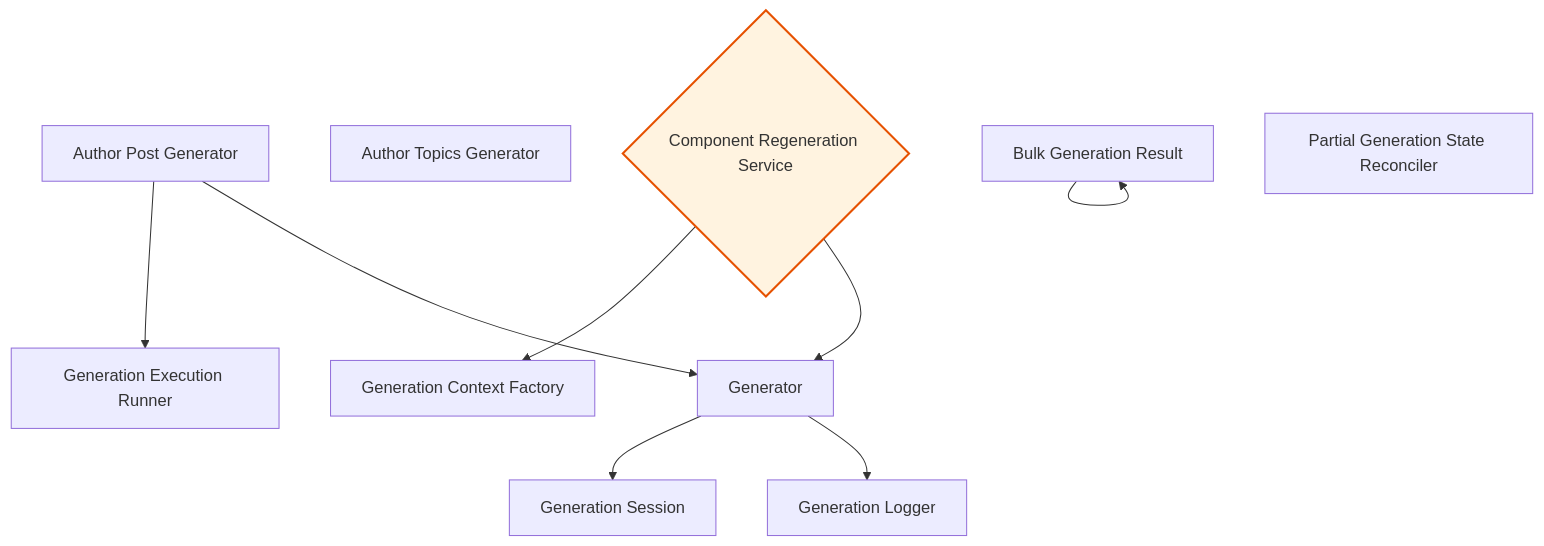
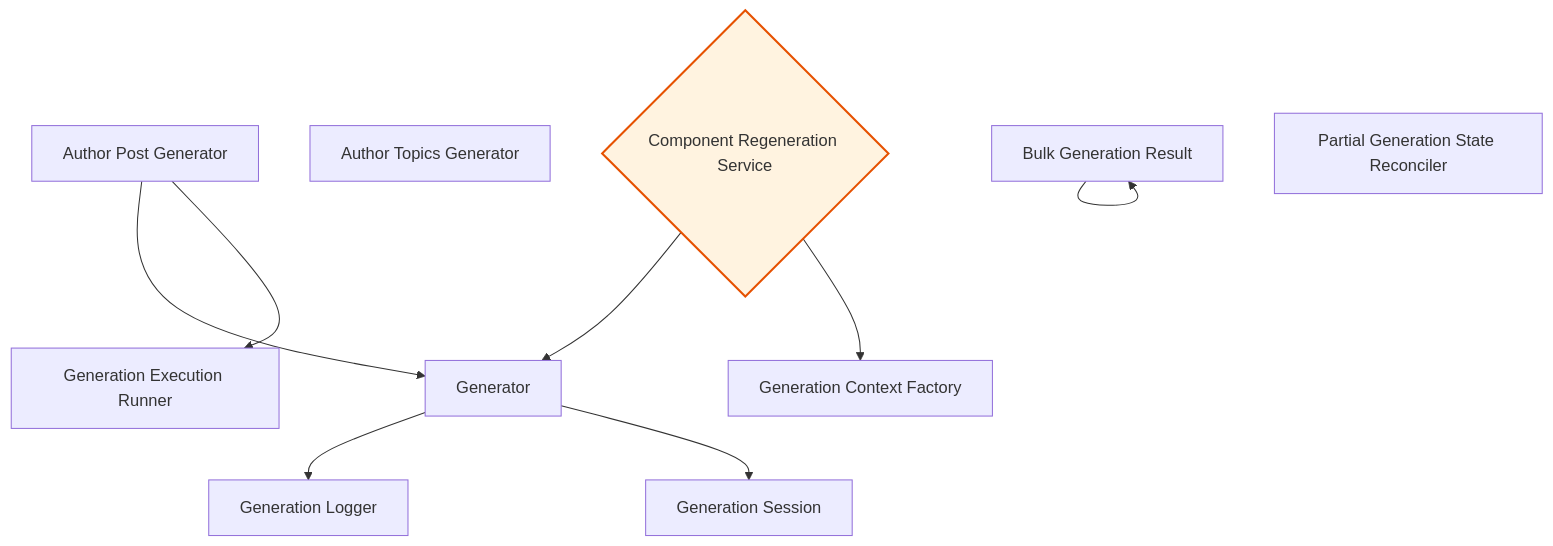
One commit to rpnunez/wp-ai-scheduler changed the second of 10 diagrams in docs/feature-report.md. Above: the diagram before and after it, drawn with Mermaid. The commit also changed other lines of this file and 1 other file, not shown here.

````diff
--- a/docs/feature-report.md
+++ b/docs/feature-report.md
@@ -105,28 +105,28 @@
 ```mermaid
 flowchart TD
     %% Core Generation Architecture
 
     Author_Post_Generator["Author Post Generator"]
     Author_Topics_Generator["Author Topics Generator"]
     Bulk_Generation_Result["Bulk Generation Result"]
     Component_Regeneration_Service{"Component Regeneration Service"}
     Generation_Context_Factory["Generation Context Factory"]
     Generation_Execution_Runner["Generation Execution Runner"]
     Generation_Logger["Generation Logger"]
     Generation_Session["Generation Session"]
     Generator["Generator"]
     Partial_Generation_State_Reconciler["Partial Generation State Reconciler"]
 
+    Author_Post_Generator --> Generator
     Author_Post_Generator --> Generation_Execution_Runner
-    Author_Post_Generator --> Generator
     Bulk_Generation_Result --> Bulk_Generation_Result
+    Component_Regeneration_Service --> Generator
     Component_Regeneration_Service --> Generation_Context_Factory
-    Component_Regeneration_Service --> Generator
+    Generator --> Generation_Logger
     Generator --> Generation_Session
-    Generator --> Generation_Logger
 
     classDef repository fill:#e1f5ff,stroke:#01579b,stroke-width:2px
     classDef service fill:#fff3e0,stroke:#e65100,stroke-width:2px
     classDef controller fill:#f3e5f5,stroke:#4a148c,stroke-width:2px
     class Component_Regeneration_Service service
 ```
````
